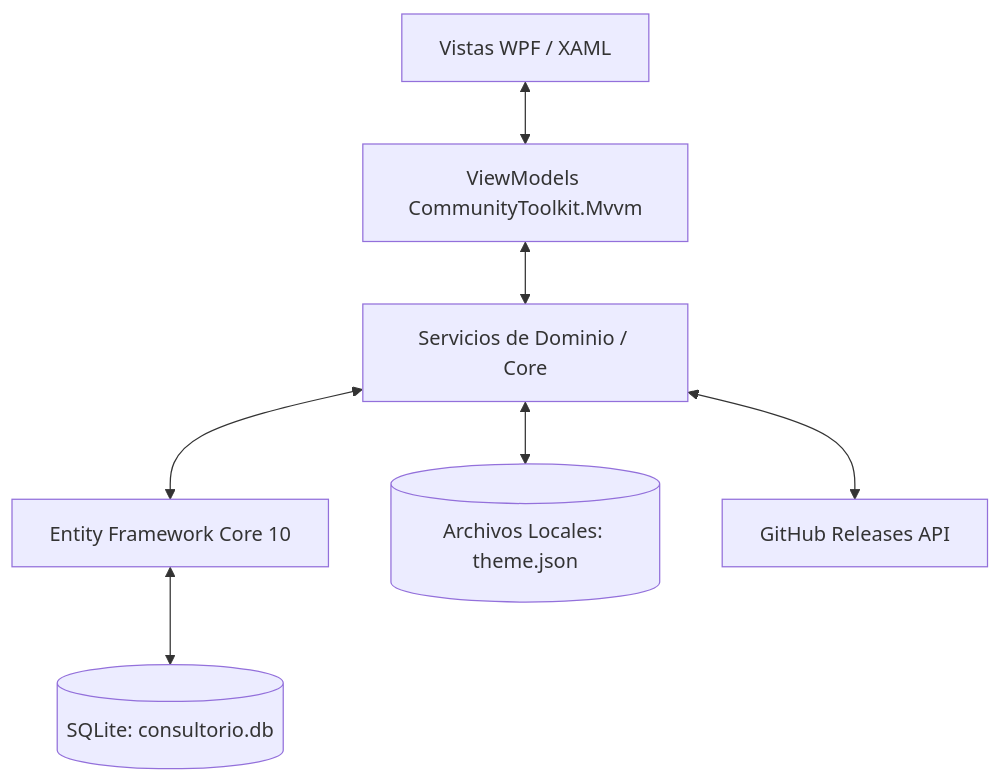
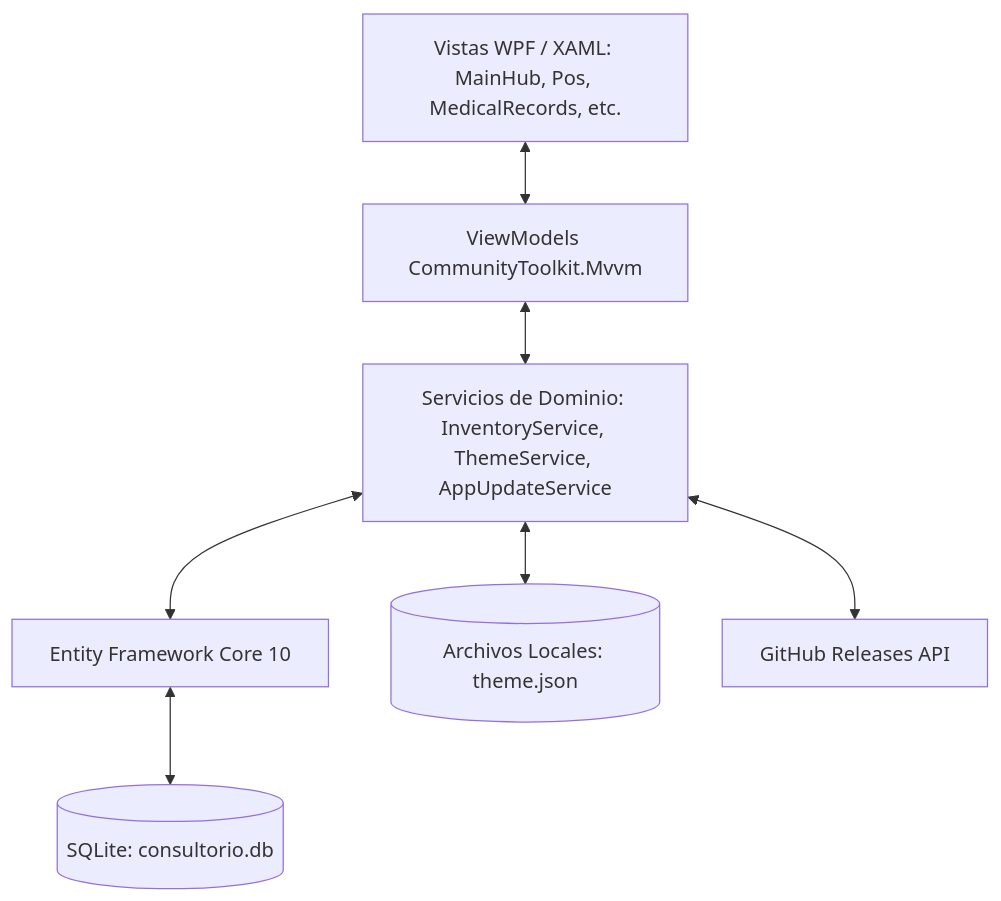
One commit to Marioalr/TPVC changed the first of 3 diagrams in docs/ARQUITECTURA_TECNICA.md. Above: the diagram before and after it, drawn with Mermaid. The commit also changed other lines of this file and 25 other files, not shown here.

Commit message:
feat: divide main view into clinical records (TODO) and POS sales with shopping cart

````diff
--- a/docs/ARQUITECTURA_TECNICA.md
+++ b/docs/ARQUITECTURA_TECNICA.md
@@ -11,9 +11,9 @@
 ```mermaid
 graph TD
-    UI[Vistas WPF / XAML] <--> VM[ViewModels CommunityToolkit.Mvvm]
-    VM <--> Services[Servicios de Dominio / Core]
+    UI[Vistas WPF / XAML: MainHub, Pos, MedicalRecords, etc.] <--> VM[ViewModels CommunityToolkit.Mvvm]
+    VM <--> Services[Servicios de Dominio: InventoryService, ThemeService, AppUpdateService]
     Services <--> EF[Entity Framework Core 10]
     EF <--> DB[(SQLite: consultorio.db)]
     Services <--> IO[(Archivos Locales: theme.json)]
     Services <--> GitHub[GitHub Releases API]
 ```
````
